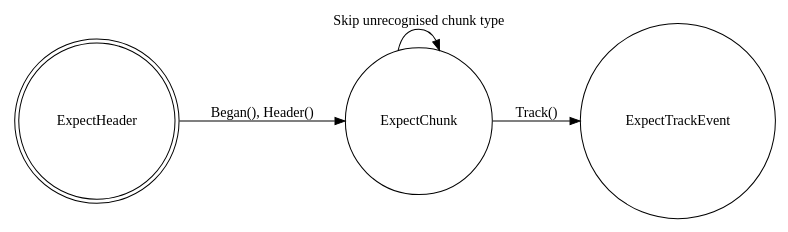
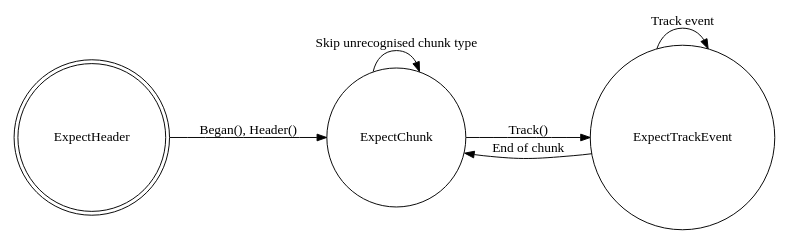
One commit to afandian/go-midi changed the diagram in states.dot. Above: the diagram before and after it, drawn with Graphviz. The commit also changed 7 other files, not shown here.

```diff
--- a/states.dot
+++ b/states.dot
@@ -1,14 +1,18 @@
 // States of the Lexer. Render this with graphviz if you want.
 digraph lexer_state {
 	rankdir=LR;
 	size="8,5"
 	node [shape = doublecircle];
 	ExpectHeader;
 
 	node [shape = circle];
 	ExpectChunk;
 
 	ExpectHeader -> ExpectChunk [label="Began(), Header()"];
 	ExpectChunk -> ExpectChunk [label="Skip unrecognised chunk type"];
 	ExpectChunk -> ExpectTrackEvent [label="Track()"]
+
+	ExpectTrackEvent -> ExpectTrackEvent [label="Track event"]
+
+	ExpectTrackEvent -> ExpectChunk [label="End of chunk"]
 }
```
